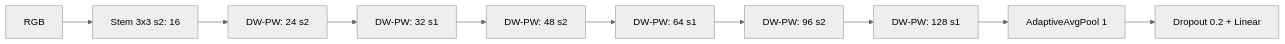
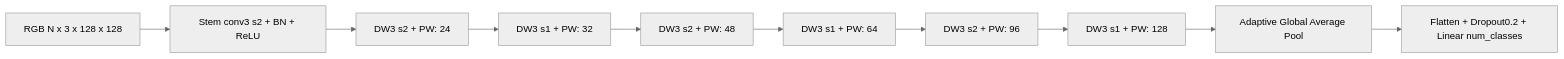
One commit to Edong098/GumiNet changed the first of 2 diagrams in ARCHITECTURE.md. Above: the diagram before and after it, drawn with Mermaid (neutral theme). The commit also changed other lines of this file and 27 other files, not shown here.

````diff
--- a/ARCHITECTURE.md
+++ b/ARCHITECTURE.md
@@ -5,12 +8,12 @@
 ```mermaid
 flowchart LR
-  I[RGB] --> S[Stem 3x3 s2: 16]
-  S --> A[DW-PW: 24 s2]
-  A --> B[DW-PW: 32 s1]
-  B --> C[DW-PW: 48 s2]
-  C --> D[DW-PW: 64 s1]
-  D --> E[DW-PW: 96 s2]
-  E --> F[DW-PW: 128 s1]
-  F --> P[AdaptiveAvgPool 1]
-  P --> H[Dropout 0.2 + Linear]
+  I[RGB N x 3 x 128 x 128] --> S[Stem conv3 s2 + BN + ReLU]
+  S --> A[DW3 s2 + PW: 24]
+  A --> B[DW3 s1 + PW: 32]
+  B --> C[DW3 s2 + PW: 48]
+  C --> D[DW3 s1 + PW: 64]
+  D --> E[DW3 s2 + PW: 96]
+  E --> F[DW3 s1 + PW: 128]
+  F --> P[Adaptive Global Average Pool]
+  P --> H[Flatten + Dropout0.2 + Linear num_classes]
 ```
````
